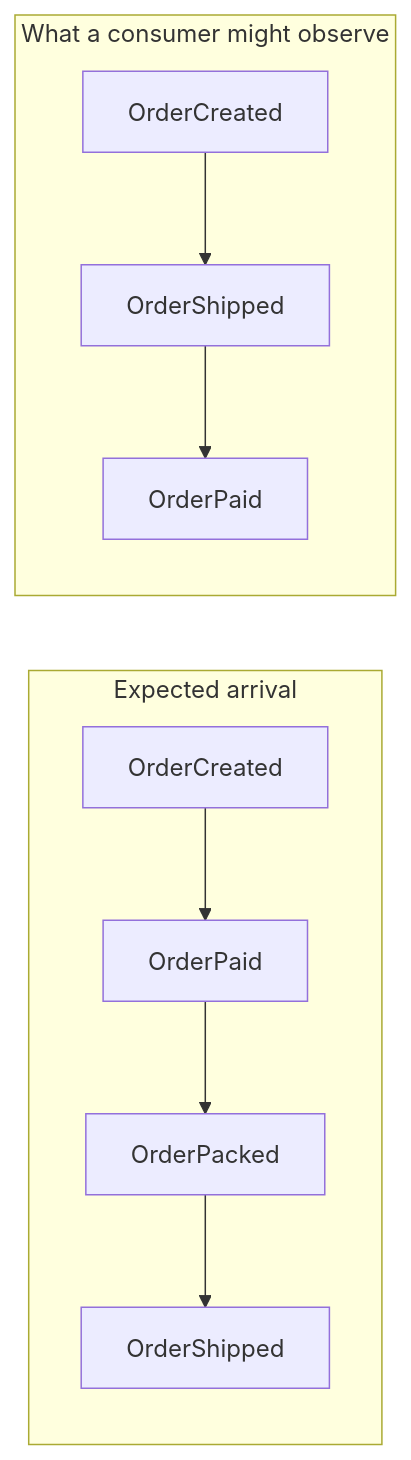
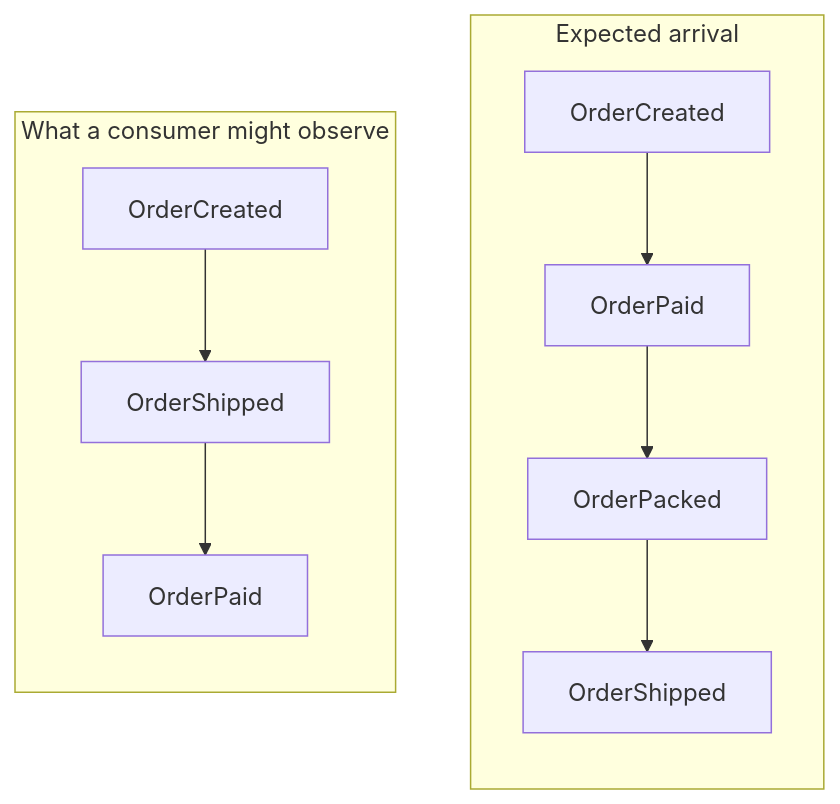
The fourth of 20 diagrams in src/content/blog/2026-09-14-10-event-driven-architecture-questions.mdx (yoosuf/yoosuf.github.io), drawn with Mermaid before and after one commit. The commit also changed other lines of this file and 5 other files, not shown here.

First line of the commit message:
fix: render every Mermaid diagram vertically

````diff
--- a/src/content/blog/2026-09-14-10-event-driven-architecture-questions.mdx
+++ b/src/content/blog/2026-09-14-10-event-driven-architecture-questions.mdx
@@ -91,12 +91,14 @@
 ```mermaid
-flowchart LR
+flowchart TD
     subgraph Expected["Expected arrival"]
+        direction TB
         E1[OrderCreated] --> E2[OrderPaid]
         E2 --> E3[OrderPacked]
         E3 --> E4[OrderShipped]
     end
     subgraph Observed["What a consumer might observe"]
+        direction TB
         O1[OrderCreated] --> O2[OrderShipped]
         O2 --> O3[OrderPaid]
     end
 ```
````
